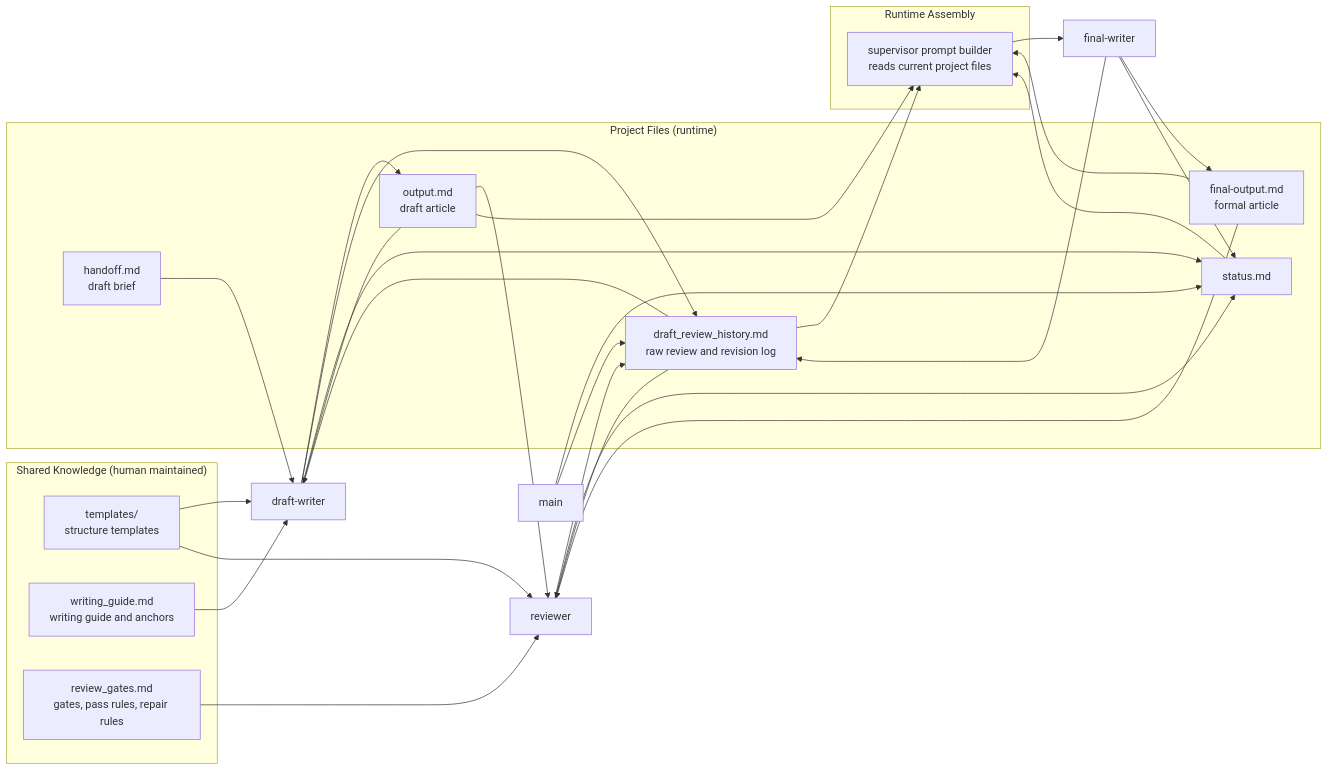
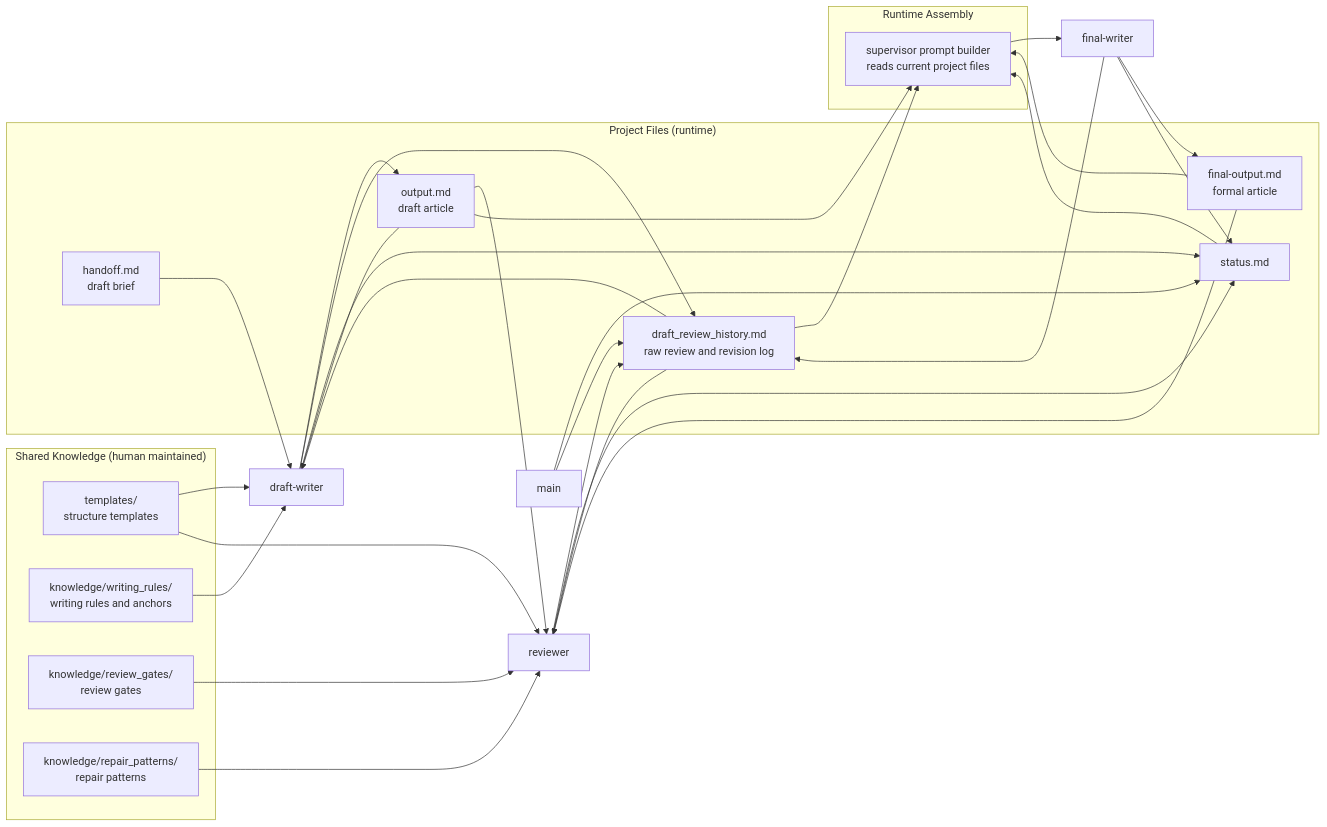
Before and after one commit to Jim0xff/deepflow-singularity: the first of 4 diagrams in docs/SINGULARITY_STEP7_KNOWLEDGE_LOADING.md, drawn with Mermaid. The commit also changed other lines of this file and 3 other files, not shown here.

````diff
--- a/docs/SINGULARITY_STEP7_KNOWLEDGE_LOADING.md
+++ b/docs/SINGULARITY_STEP7_KNOWLEDGE_LOADING.md
@@ -25,59 +25,61 @@
 ```mermaid
 flowchart LR
   subgraph KB["Shared Knowledge (human maintained)"]
     T["templates/<br/>structure templates"]
-    W["writing_guide.md<br/>writing guide and anchors"]
-    G["review_gates.md<br/>gates, pass rules, repair rules"]
+    W["knowledge/writing_rules/<br/>writing rules and anchors"]
+    G["knowledge/review_gates/<br/>review gates"]
+    RP["knowledge/repair_patterns/<br/>repair patterns"]
   end
 
   subgraph P["Project Files (runtime)"]
     H["handoff.md<br/>draft brief"]
     O["output.md<br/>draft article"]
     F["final-output.md<br/>formal article"]
     D["draft_review_history.md<br/>raw review and revision log"]
     S["status.md"]
   end
 
   subgraph RT["Runtime Assembly"]
     SP["supervisor prompt builder<br/>reads current project files"]
   end
 
   M["main"]
   DW["draft-writer"]
   R["reviewer"]
   FW["final-writer"]
 
   T --> DW
   W --> DW
 
   G --> R
+  RP --> R
   T --> R
 
   H --> DW
   O --> DW
   D --> DW
 
   O --> R
   F --> R
   D --> R
 
   O --> SP
   F --> SP
   D --> SP
   S --> SP
   SP --> FW
 
   M --> S
   M --> D
 
   DW --> O
   DW --> D
   DW --> S
 
   R --> D
   R --> S
 
   FW --> F
   FW --> D
   FW --> S
 ```
````
